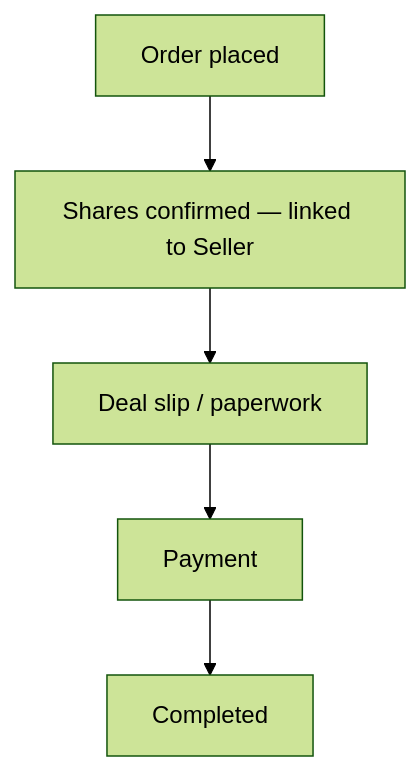
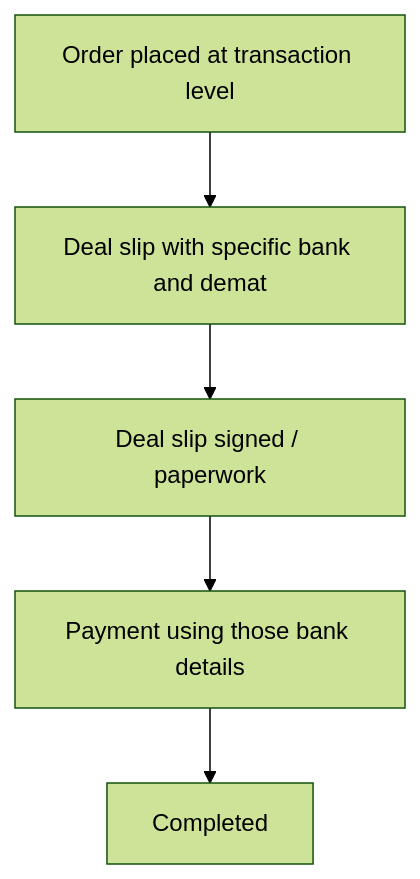
One commit to kavadevelopers/PrivateDealsBackend changed the diagram in docs/workflows/flows/order-to-complete.md. Above: the diagram before and after it, drawn with Mermaid (forest theme). The commit also changed other lines of this file and 16 other files, not shown here.

````diff
--- a/docs/workflows/flows/order-to-complete.md
+++ b/docs/workflows/flows/order-to-complete.md
@@ -16,7 +16,7 @@
 ```mermaid
 flowchart TD
-  Placed[Order placed] --> Confirm[Shares confirmed — linked to Seller]
-  Confirm --> Docs[Deal slip / paperwork]
-  Docs --> Pay[Payment]
+  Placed[Order placed at transaction level] --> Slip[Deal slip with specific bank and demat]
+  Slip --> Docs[Deal slip signed / paperwork]
+  Docs --> Pay[Payment using those bank details]
   Pay --> Done[Completed]
 ```
````
